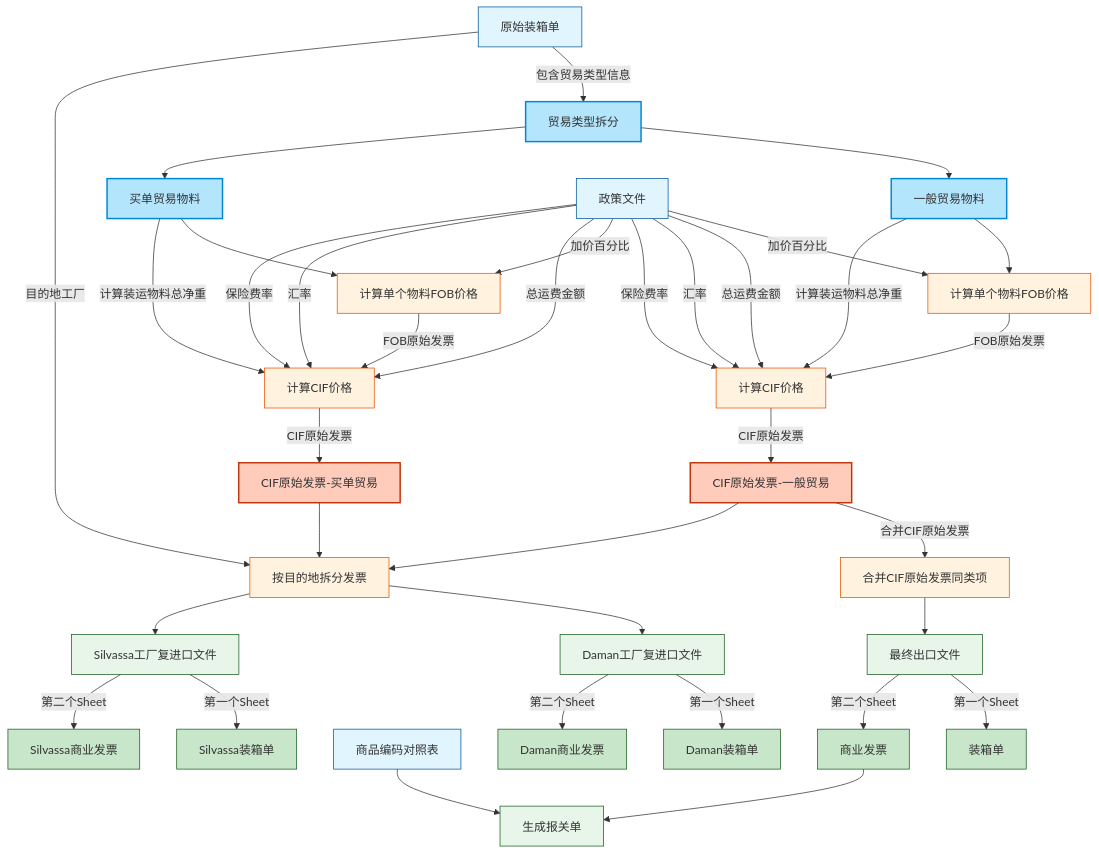
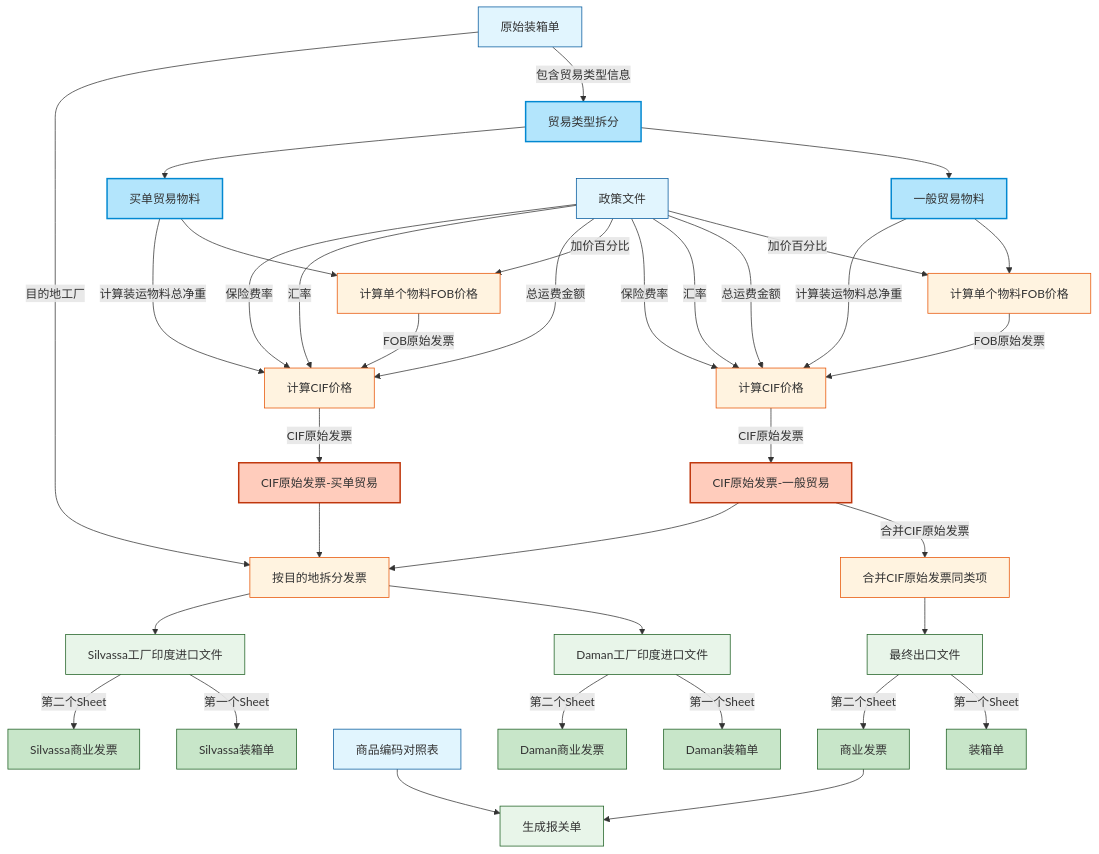
One commit to anlaganlag/export_reimport changed the first of 6 diagrams in WORKFLOW-CN.md. Above: the diagram before and after it, drawn with Mermaid. The commit also changed other lines of this file and 8 other files, not shown here.

````diff
--- a/WORKFLOW-CN.md
+++ b/WORKFLOW-CN.md
@@ -21,77 +21,77 @@
 ```mermaid
 graph TD
     %% 输入文件
     OPL[原始装箱单] --> |包含贸易类型信息|SPLIT[贸易类型拆分]
     SPLIT --> GT[一般贸易物料]
     SPLIT --> BT[买单贸易物料]
     
     %% 一般贸易流程
     GT --> CFOB_GT[计算单个物料FOB价格]
     PF[政策文件] --> |加价百分比| CFOB_GT
     
     %% FOB到CIF转换 - 一般贸易
     GT --> |计算装运物料总净重|CCIF_GT[计算CIF价格]
     PF --> |总运费金额|CCIF_GT
     PF --> |汇率|CCIF_GT
     PF --> |保险费率|CCIF_GT
     CFOB_GT --> |FOB原始发票|CCIF_GT
     
     %% 生成CIF原始发票 - 一般贸易
     CCIF_GT --> |CIF原始发票|CIFORG_GT[CIF原始发票-一般贸易]
     
     %% CIF到最终发票处理 - 一般贸易
     CIFORG_GT --> |合并CIF原始发票|MERGE[合并CIF原始发票同类项]
     MERGE --> EXP[最终出口文件]
     
     %% 最终出口文件说明
     EXP --> |第一个Sheet|PL[装箱单]
     EXP --> |第二个Sheet|CI[商业发票]
     
     %% 商品编码对照表输入和报关单生成
     HSC[商品编码对照表] --> CD[生成报关单]
     CI --> CD
     
     %% 买单贸易流程
     BT --> CFOB_BT[计算单个物料FOB价格]
     PF --> |加价百分比| CFOB_BT
     
     %% FOB到CIF转换 - 买单贸易
     BT --> |计算装运物料总净重|CCIF_BT[计算CIF价格]
     PF --> |总运费金额|CCIF_BT
     PF --> |汇率|CCIF_BT
     PF --> |保险费率|CCIF_BT
     CFOB_BT --> |FOB原始发票|CCIF_BT
     
     %% 生成CIF原始发票 - 买单贸易
     CCIF_BT --> |CIF原始发票|CIFORG_BT[CIF原始发票-买单贸易]
     
     %% 按工厂拆分发票 - 两种贸易类型共用
     CIFORG_GT --> SI[按目的地拆分发票]
     CIFORG_BT --> SI
     OPL --> |目的地工厂|SI
     
-    %% Daman工厂复进口发票
-    SI --> RIMP_D[Daman工厂复进口文件]
+    %% Daman工厂印度进口发票
+    SI --> RIMP_D[Daman工厂印度进口文件]
     RIMP_D --> |第一个Sheet|RIMP_DPL[Daman装箱单]
     RIMP_D --> |第二个Sheet|RIMP_DCI[Daman商业发票]
     
-    %% Silvassa工厂复进口发票
-    SI --> RIMP_S[Silvassa工厂复进口文件]
+    %% Silvassa工厂印度进口发票
+    SI --> RIMP_S[Silvassa工厂印度进口文件]
     RIMP_S --> |第一个Sheet|RIMP_SPL[Silvassa装箱单]
     RIMP_S --> |第二个Sheet|RIMP_SCI[Silvassa商业发票]
 
     %% 样式
     classDef input fill:#e1f5fe,stroke:#01579b
     classDef process fill:#fff3e0,stroke:#e65100
     classDef output fill:#e8f5e9,stroke:#1b5e20
     classDef highlight fill:#ffccbc,stroke:#bf360c,stroke-width:2px
     classDef suboutput fill:#c8e6c9,stroke:#1b5e20
     classDef split fill:#b3e5fc,stroke:#0288d1,stroke-width:2px
     
     class OPL,PF,HSC input
     class CFOB_GT,CCIF_GT,CFOB_BT,CCIF_BT,SI,MERGE process
     class CIFORG_GT,CIFORG_BT highlight
     class EXP,RIMP_D,RIMP_S,CD output
     class PL,CI,RIMP_DPL,RIMP_DCI,RIMP_SPL,RIMP_SCI suboutput
     class SPLIT,GT,BT split
 ```
````
